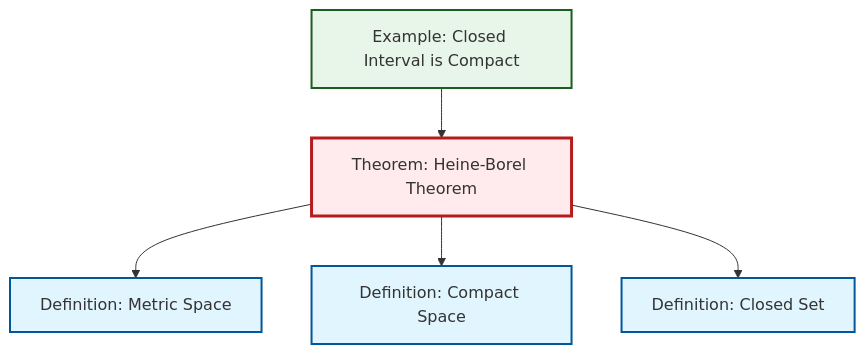
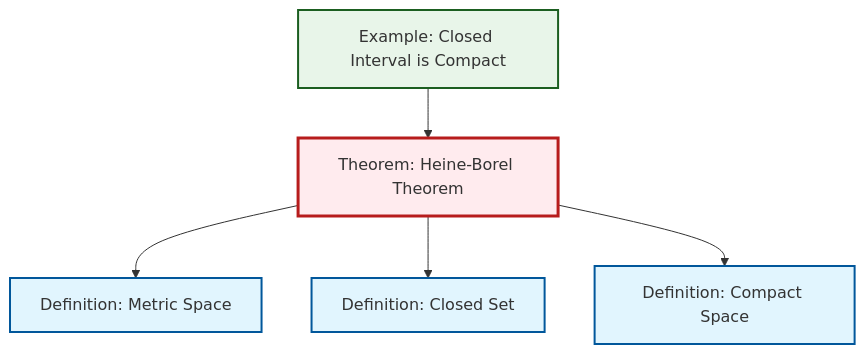
Before and after one commit to RK0429/ModernMath: the diagram in content/en/topology/thm-heine-borel.qmd, drawn with Mermaid. The commit also changed other lines of this file and 1069 other files, not shown here.

````diff
--- a/content/en/topology/thm-heine-borel.qmd
+++ b/content/en/topology/thm-heine-borel.qmd
@@ -46,23 +46,23 @@
 ```{mermaid}
 %%| fig-cap: "Local dependency graph"
 graph TD
     classDef definition fill:#e1f5fe,stroke:#01579b,stroke-width:2px
     classDef theorem fill:#f3e5f5,stroke:#4a148c,stroke-width:2px
     classDef axiom fill:#fff3e0,stroke:#e65100,stroke-width:2px
     classDef example fill:#e8f5e9,stroke:#1b5e20,stroke-width:2px
     classDef current fill:#ffebee,stroke:#b71c1c,stroke-width:3px
+    ex-closed-interval-compact["Example: Closed Interval is Compact"]:::example
     def-metric-space["Definition: Metric Space"]:::definition
-    ex-closed-interval-compact["Example: Closed Interval is Compact"]:::example
     def-closed-set["Definition: Closed Set"]:::definition
     thm-heine-borel["Theorem: Heine-Borel Theorem"]:::theorem
     def-compact["Definition: Compact Space"]:::definition
     thm-heine-borel --> def-metric-space
     ex-closed-interval-compact --> thm-heine-borel
+    thm-heine-borel --> def-closed-set
     thm-heine-borel --> def-compact
-    thm-heine-borel --> def-closed-set
     class thm-heine-borel current
+    click ex-closed-interval-compact "ex-closed-interval-compact.html" "Go to Closed Interval is Compact example"
     click def-metric-space "def-metric-space.html" "Go to Metric Space definition"
-    click ex-closed-interval-compact "ex-closed-interval-compact.html" "Go to Closed Interval is Compact example"
     click def-closed-set "def-closed-set.html" "Go to Closed Set definition"
     click def-compact "def-compact.html" "Go to Compact Space definition"
 ```
````
